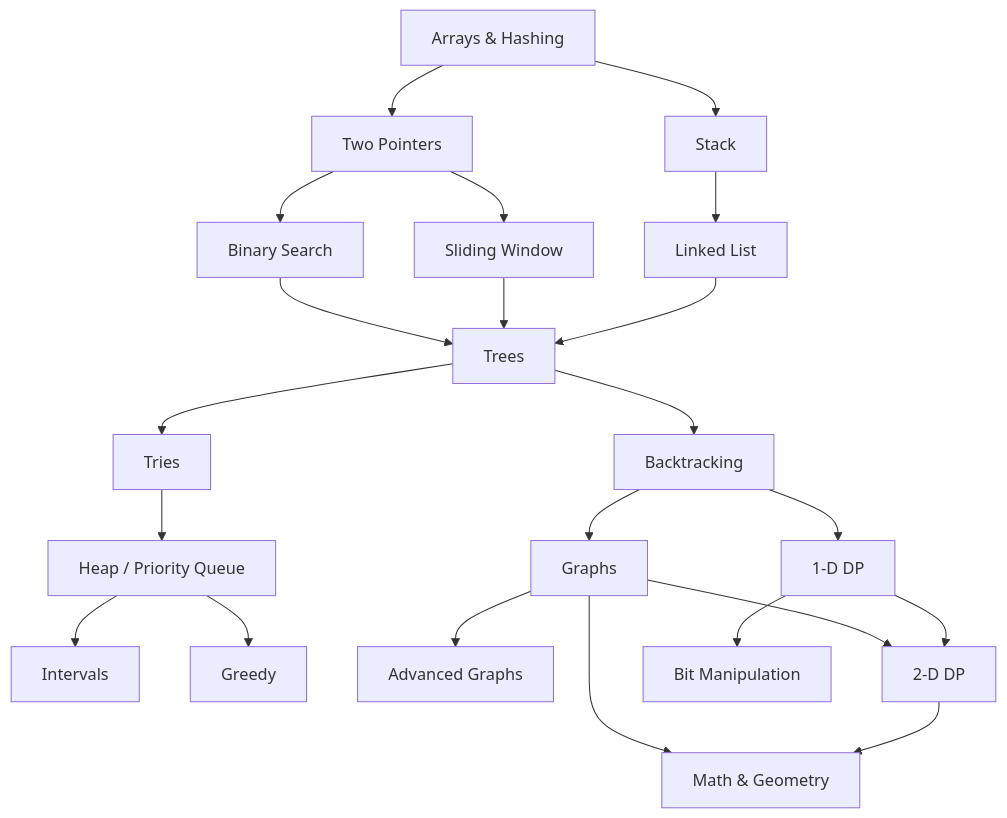
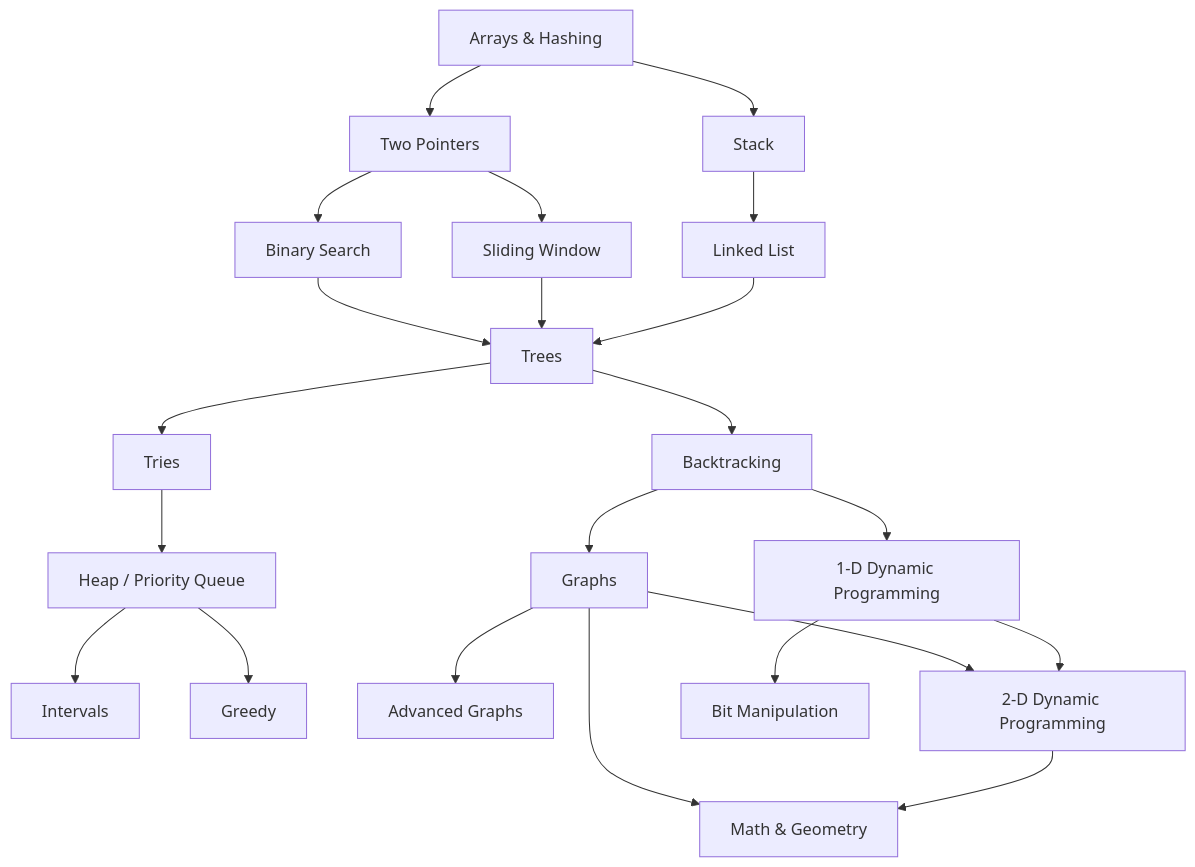
The diagram in README.md (doryang1019/LeetCode_Journey), drawn with Mermaid before and after one commit. The commit also changed other lines of this file, not shown here.

````diff
--- a/README.md
+++ b/README.md
@@ -28,24 +28,24 @@
 ```mermaid
 graph TD
     A[Arrays & Hashing] --> B[Two Pointers]
     A --> C[Stack]
     B --> D[Binary Search]
     B --> E[Sliding Window]
     C --> F[Linked List]
     D --> G[Trees]
     E --> G
     F --> G
     G --> H[Tries]
     G --> I[Backtracking]
     H --> J[Heap / Priority Queue]
     I --> K[Graphs]
-    I --> L[1-D DP]
+    I --> L[1-D Dynamic Programming]
     J --> M[Intervals]
     J --> N[Greedy]
     K --> O[Advanced Graphs]
-    K --> P[2-D DP]
+    K --> P[2-D Dynamic Programming]
     K --> R[Math & Geometry]
     L --> P
     L --> Q[Bit Manipulation]
     P --> R
 ```
````
